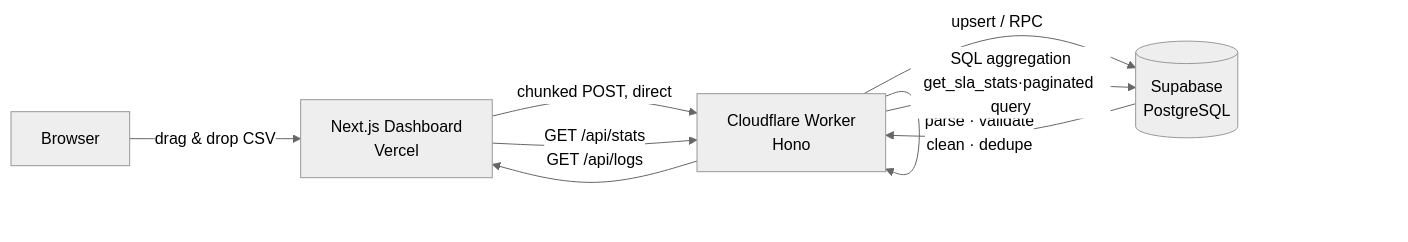
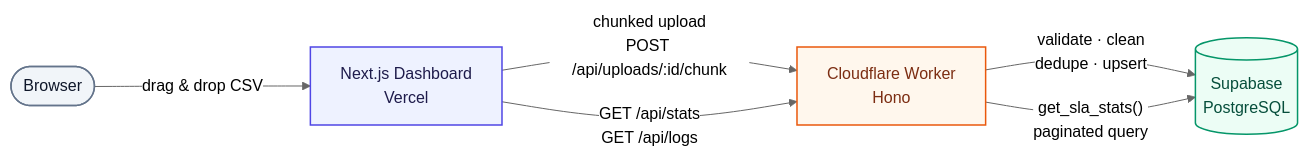
Before and after one commit to sunny-pixels/sla-monitoring-dashboard: the diagram in README.md, drawn with Mermaid (neutral theme).

Commit message:
docs: fix architecture diagram layout and add semantic colors
The original diagram had a self-loop on the Worker node and two
same-direction parallel edges crammed too close together, causing
edge labels to overlap each other and the node they ran past. Redrew
it as a clean 5-edge flow (upload path + query path, each Worker<->DB
interaction on its own edge) with increased node/rank spacing, and
added classDef colors distinguishing each component: neutral for the
browser, indigo for the Next.js frontend, Cloudflare's orange for the
Worker, and Supabase's green for the database. Rendered and visually
verified locally (both light and dark backgrounds) before committing.

````diff
--- a/README.md
+++ b/README.md
@@ -69,10 +69,24 @@
 ```mermaid
+%%{init: {'flowchart': {'nodeSpacing': 55, 'rankSpacing': 95, 'curve': 'basis'}}}%%
 flowchart LR
-    U[Browser] -->|drag & drop CSV| W[Next.js Dashboard<br/>Vercel]
-    W -->|chunked POST, direct| CF[Cloudflare Worker<br/>Hono]
-    CF -->|parse · validate<br/>clean · dedupe| CF
-    CF -->|upsert / RPC| DB[(Supabase<br/>PostgreSQL)]
-    W -->|GET /api/stats<br/>GET /api/logs| CF
-    CF -->|SQL aggregation<br/>get_sla_stats·paginated query| DB
-    DB --> CF --> W
+    Browser(["Browser"])
+    Frontend["Next.js Dashboard<br/>Vercel"]
+    Worker["Cloudflare Worker<br/>Hono"]
+    DB[("Supabase<br/>PostgreSQL")]
+
+    Browser -->|drag &amp; drop CSV| Frontend
+    Frontend -->|"chunked upload<br/>POST /api/uploads/:id/chunk"| Worker
+    Frontend -->|"GET /api/stats<br/>GET /api/logs"| Worker
+    Worker -->|"validate · clean<br/>dedupe · upsert"| DB
+    Worker -->|"get_sla_stats()<br/>paginated query"| DB
+
+    classDef browser fill:#f1f5f9,stroke:#64748b,color:#0f172a,stroke-width:1.5px;
+    classDef frontend fill:#eef2ff,stroke:#4f46e5,color:#1e1b4b,stroke-width:1.5px;
+    classDef worker fill:#fff7ed,stroke:#ea580c,color:#7c2d12,stroke-width:1.5px;
+    classDef database fill:#ecfdf5,stroke:#059669,color:#064e3b,stroke-width:1.5px;
+
+    class Browser browser
+    class Frontend frontend
+    class Worker worker
+    class DB database
 ```
````
